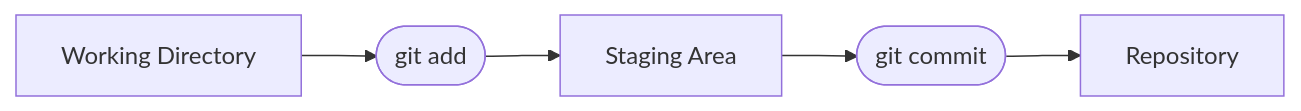
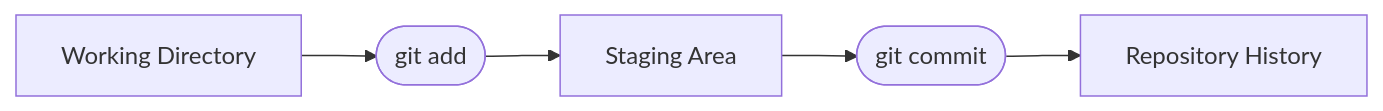
One commit to ShafayetSadi/ms-git-and-github changed the diagram in lessons/01-intro/E-init-repo.md. Above: the diagram before and after it, drawn with Mermaid. The commit also changed other lines of this file, not shown here.

````diff
--- a/lessons/01-intro/E-init-repo.md
+++ b/lessons/01-intro/E-init-repo.md
@@ -147,10 +174,10 @@
 ```mermaid
 flowchart LR
     WD[Working Directory]
     ADD([git add])
     SA[Staging Area]
     COMMIT([git commit])
-    REPO[Repository]
+    REPO[Repository History]
 
     WD --> ADD --> SA --> COMMIT --> REPO
 ```
````
